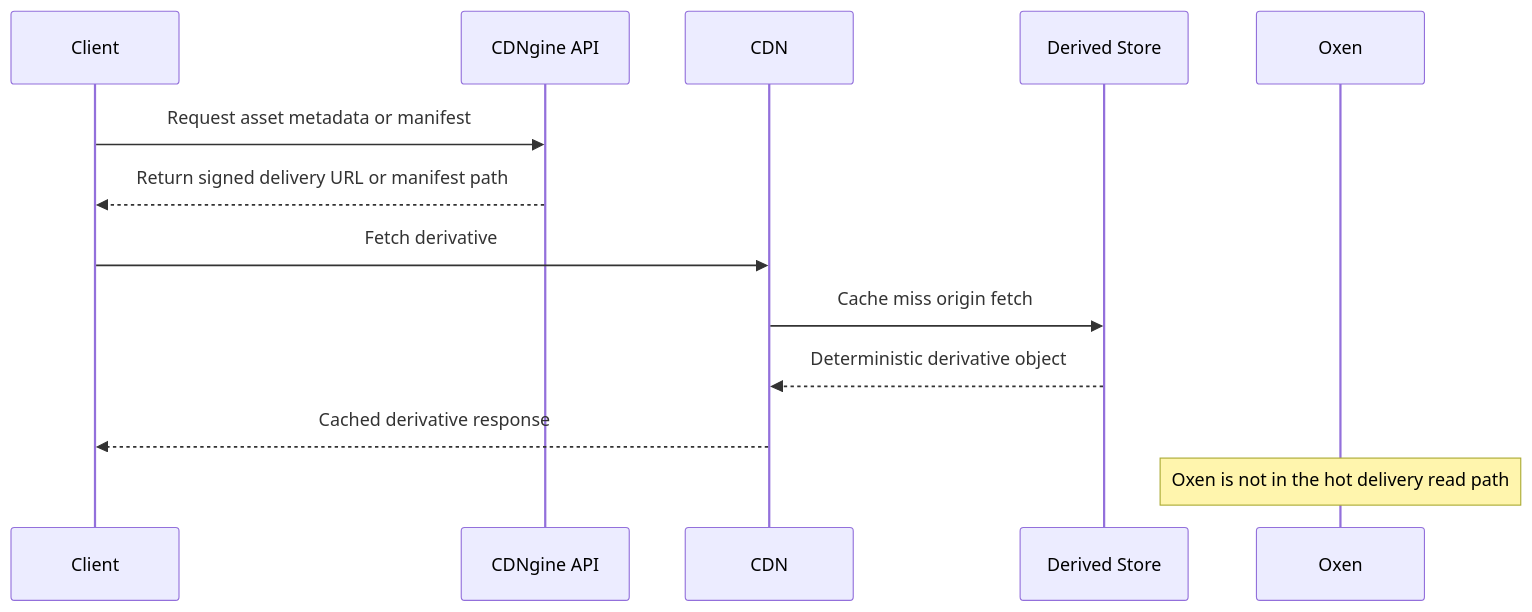
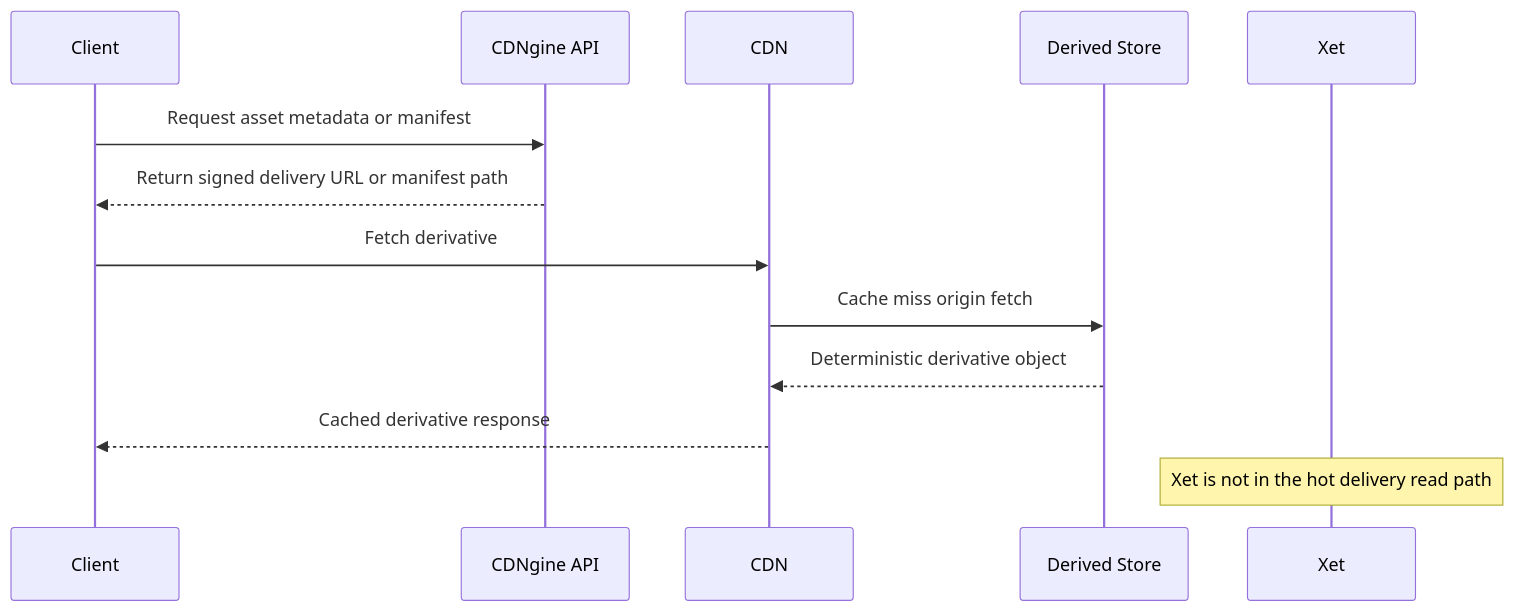
Before and after one commit to Yeusepe/cdngine: the fifth of 8 diagrams in docs/architecture.md, drawn with Mermaid. The commit also changed other lines of this file and 30 other files, not shown here.

````diff
--- a/docs/architecture.md
+++ b/docs/architecture.md
@@ -253,16 +255,16 @@
 ```mermaid
 sequenceDiagram
     participant Client
     participant API as CDNgine API
     participant CDN as CDN
     participant D as Derived Store
-    participant O as Oxen
+    participant O as Xet
 
     Client->>API: Request asset metadata or manifest
     API-->>Client: Return signed delivery URL or manifest path
     Client->>CDN: Fetch derivative
     CDN->>D: Cache miss origin fetch
     D-->>CDN: Deterministic derivative object
     CDN-->>Client: Cached derivative response
-    Note over O: Oxen is not in the hot delivery read path
+    Note over O: Xet is not in the hot delivery read path
 ```
````
